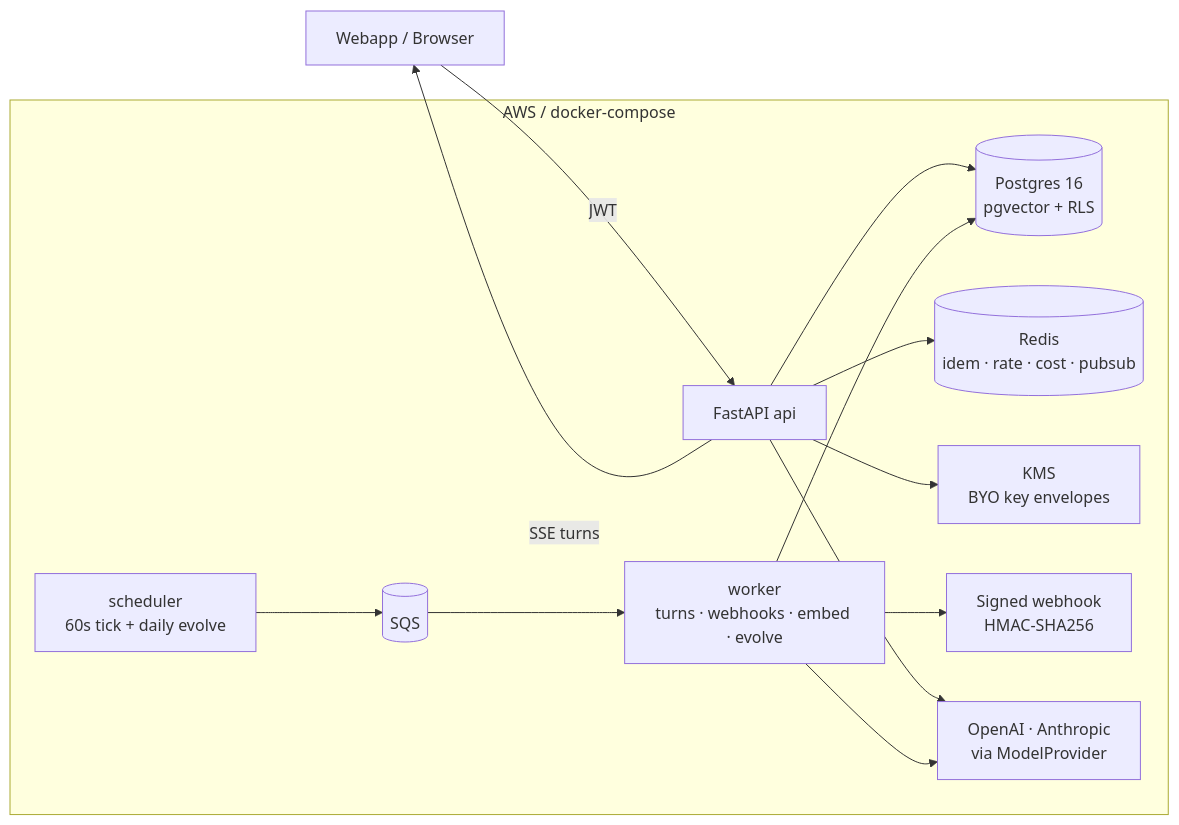
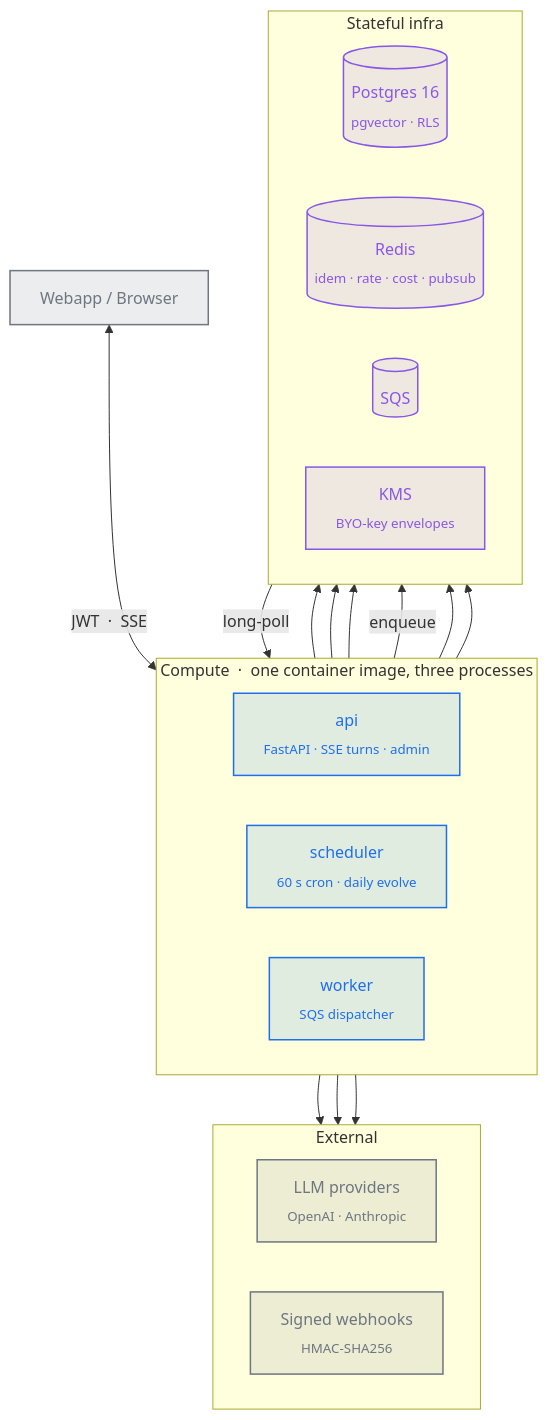
One commit to SamWongML/lite-horse changed the diagram in README.md. Above: the diagram before and after it, drawn with Mermaid. The commit also changed other lines of this file, not shown here.

Commit message:
docs(readme): redraw architecture diagram for clarity
The previous Mermaid diagram had three readability problems visible in
GitHub's renderer: an SSE-return arrow that crossed the worker/KMS
region diagonally, an outer "AWS / docker-compose" subgraph that
forced 8 nodes around one center (spaghetti), and label text that
clipped at the subgraph border.

Redraw as three top-down tiers — Compute · Stateful · External —
each with its own subgraph and explicit LR direction, so connection
lines run mostly parallel. Collapse the bidirectional client edge
into one labeled JWT/SSE arrow. Add classDef styling so service /
data / external nodes are visually distinct in both light and dark
GitHub themes.

Follow-up to PR #17 — this commit was on the worktree but didn't
make it into the merge.

````diff
--- a/README.md
+++ b/README.md
@@ -41,19 +41,46 @@
 ```mermaid
-flowchart LR
-    Web[Webapp / Browser] -- JWT --> API[FastAPI api]
-    API -- SSE turns --> Web
+flowchart TB
+    Client["Webapp / Browser"]
 
-    subgraph aws["AWS / docker-compose"]
-        API --> PG[(Postgres 16<br/>pgvector + RLS)]
-        API --> Redis[(Redis<br/>idem · rate · cost · pubsub)]
-        API --> KMS[KMS<br/>BYO key envelopes]
+    subgraph Compute["Compute &nbsp;·&nbsp; one container image, three processes"]
+        direction LR
+        API["api<br/><sub>FastAPI · SSE turns · admin</sub>"]
+        Sched["scheduler<br/><sub>60 s cron · daily evolve</sub>"]
+        Worker["worker<br/><sub>SQS dispatcher</sub>"]
+    end
 
-        Sched[scheduler<br/>60s tick + daily evolve] --> SQS[(SQS)]
-        SQS --> Worker[worker<br/>turns · webhooks · embed · evolve]
-        Worker --> PG
-        Worker --> Webhook[Signed webhook<br/>HMAC-SHA256]
+    subgraph Stateful["Stateful infra"]
+        direction LR
+        PG[("Postgres 16<br/><sub>pgvector · RLS</sub>")]
+        Redis[("Redis<br/><sub>idem · rate · cost · pubsub</sub>")]
+        SQS[("SQS")]
+        KMS["KMS<br/><sub>BYO-key envelopes</sub>"]
+    end
 
-        API --> Providers[OpenAI · Anthropic<br/>via ModelProvider]
-        Worker --> Providers
+    subgraph External["External"]
+        direction LR
+        LLM["LLM providers<br/><sub>OpenAI · Anthropic</sub>"]
+        Hook["Signed webhooks<br/><sub>HMAC-SHA256</sub>"]
     end
+
+    Client <-->|"JWT &nbsp;·&nbsp; SSE"| API
+
+    API --> PG
+    API --> Redis
+    API --> KMS
+    API --> LLM
+
+    Sched -- enqueue --> SQS
+    SQS -- long-poll --> Worker
+    Worker --> PG
+    Worker --> Redis
+    Worker --> LLM
+    Worker --> Hook
+
+    classDef svc  fill:#1f6feb22,stroke:#1f6feb,color:#1f6feb,stroke-width:1.5px
+    classDef data fill:#8957e522,stroke:#8957e5,color:#8957e5,stroke-width:1.5px
+    classDef ext  fill:#6e768122,stroke:#6e7681,color:#6e7681,stroke-width:1.5px
+    class API,Sched,Worker svc
+    class PG,Redis,SQS,KMS data
+    class Client,LLM,Hook ext
 ```
````
